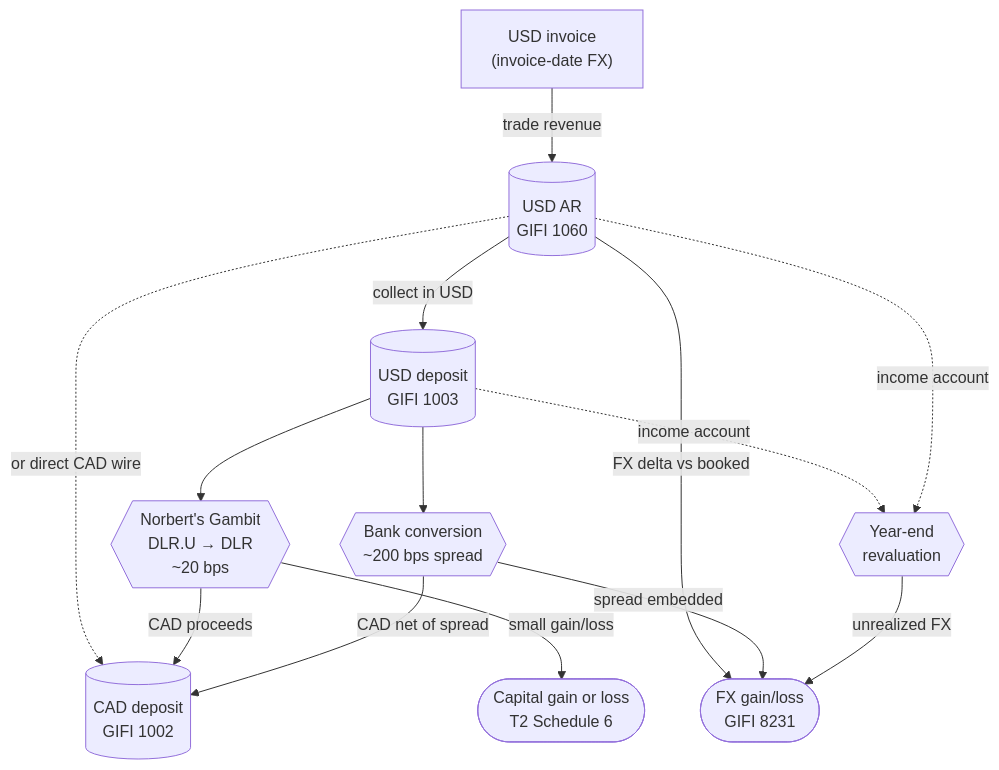
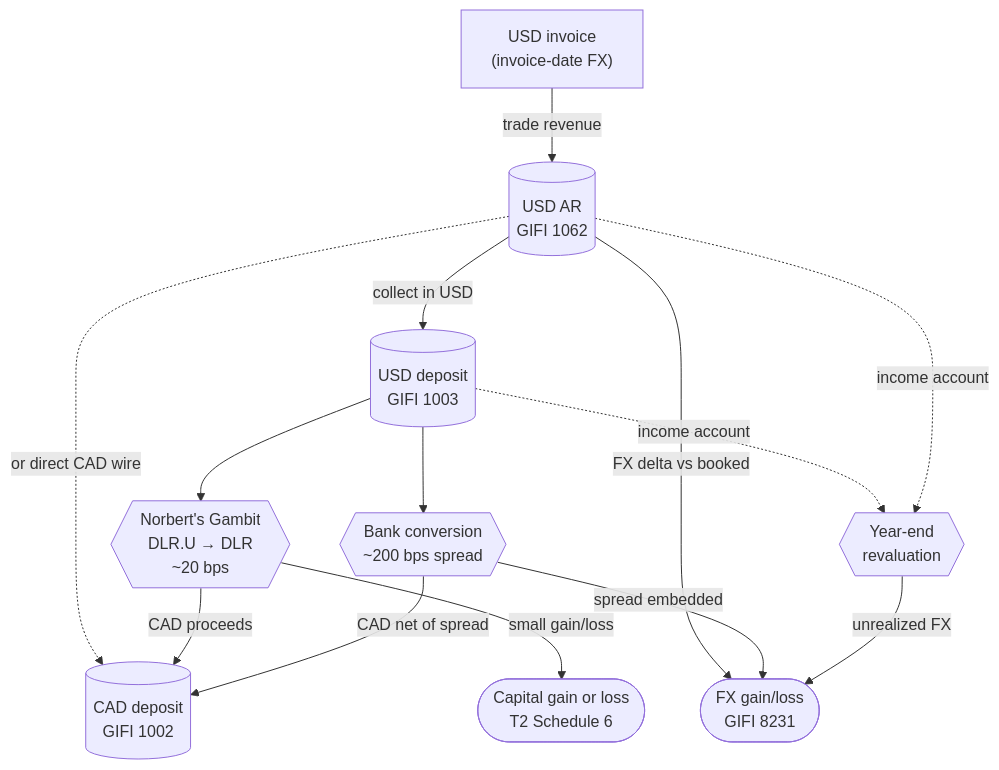
One commit to alexoooo/canadian-corp-info changed the diagram in guide/Bookkeeping/Foreign-Currency.md. Above: the diagram before and after it, drawn with Mermaid. The commit also changed other lines of this file and 18 other files, not shown here.

````diff
--- a/guide/Bookkeeping/Foreign-Currency.md
+++ b/guide/Bookkeeping/Foreign-Currency.md
@@ -509,26 +520,26 @@
 ```mermaid
 flowchart TB
     Inv["USD invoice<br/>(invoice-date FX)"]
-    AR[("USD AR<br/>GIFI 1060")]
+    AR[("USD AR<br/>GIFI 1062")]
     USD[("USD deposit<br/>GIFI 1003")]
     Gambit{{"Norbert's Gambit<br/>DLR.U → DLR<br/>~20 bps"}}
     Bank{{"Bank conversion<br/>~200 bps spread"}}
     CAD[("CAD deposit<br/>GIFI 1002")]
     FX(["FX gain/loss<br/>GIFI 8231"])
     S6(["Capital gain or loss<br/>T2 Schedule 6"])
     YE{{"Year-end<br/>revaluation"}}
 
     Inv -->|"trade revenue"| AR
     AR -->|"collect in USD"| USD
     AR -.->|"or direct CAD wire"| CAD
     AR -->|"FX delta vs booked"| FX
     USD --> Gambit
     USD --> Bank
     Gambit -->|"CAD proceeds"| CAD
     Gambit -->|"small gain/loss"| S6
     Bank -->|"CAD net of spread"| CAD
     Bank -->|"spread embedded"| FX
     USD -.->|"income account"| YE
     AR -.->|"income account"| YE
     YE -->|"unrealized FX"| FX
 ```
````
